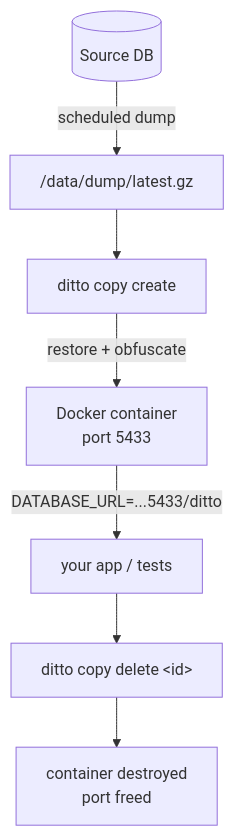
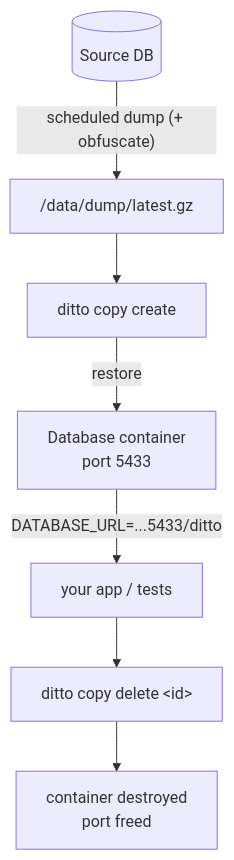
One commit to attaradev/ditto changed the diagram in README.md. Above: the diagram before and after it, drawn with Mermaid. The commit also changed other lines of this file and 21 other files, not shown here.

````diff
--- a/README.md
+++ b/README.md
@@ -355,17 +377,17 @@
 ```mermaid
 flowchart TD
     SRC[(Source DB)]
     DUMP["/data/dump/latest.gz"]
     CMD["ditto copy create"]
-    CTR["Docker container\nport 5433"]
+    CTR["Database container\nport 5433"]
     APP["your app / tests"]
     DEL["ditto copy delete &lt;id&gt;"]
     FREE["container destroyed\nport freed"]
 
-    SRC -->|"scheduled dump"| DUMP
+    SRC -->|"scheduled dump (+ obfuscate)"| DUMP
     DUMP --> CMD
-    CMD -->|"restore + obfuscate"| CTR
+    CMD -->|"restore"| CTR
     CTR -->|"DATABASE_URL=...5433/ditto"| APP
     APP --> DEL
     DEL --> FREE
 ```
````
